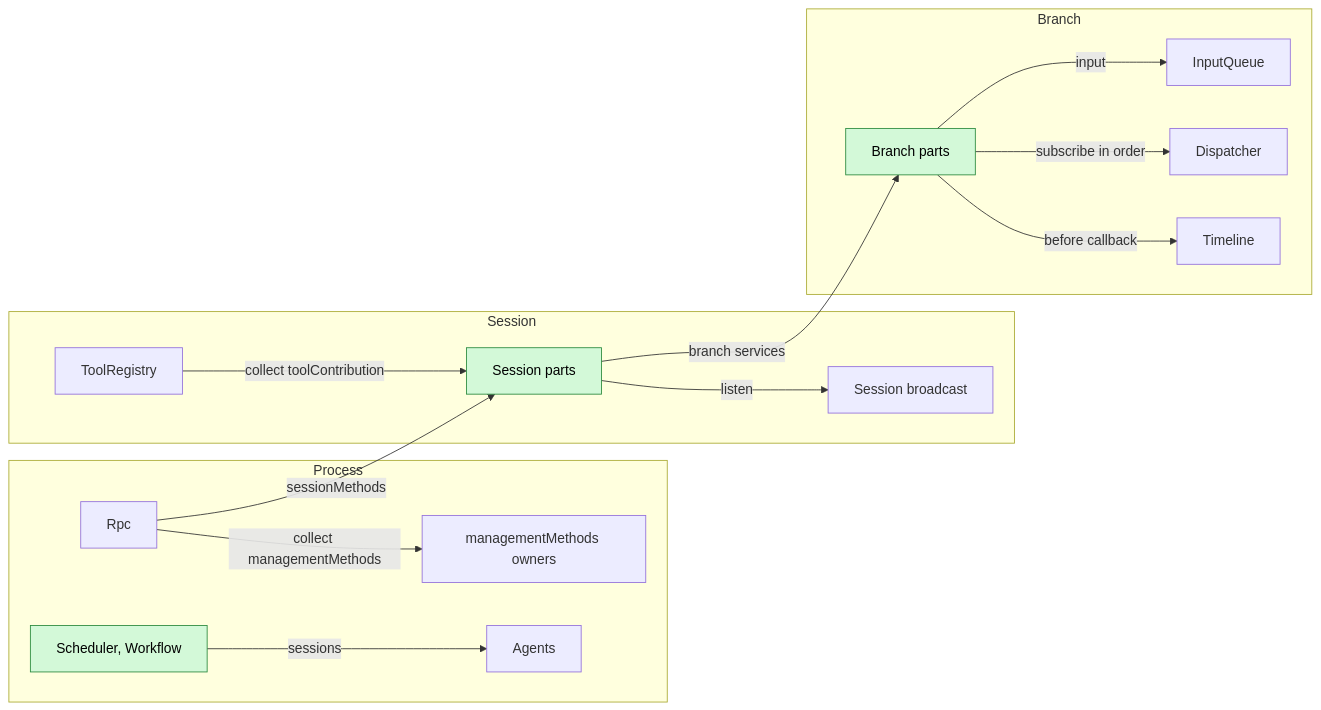
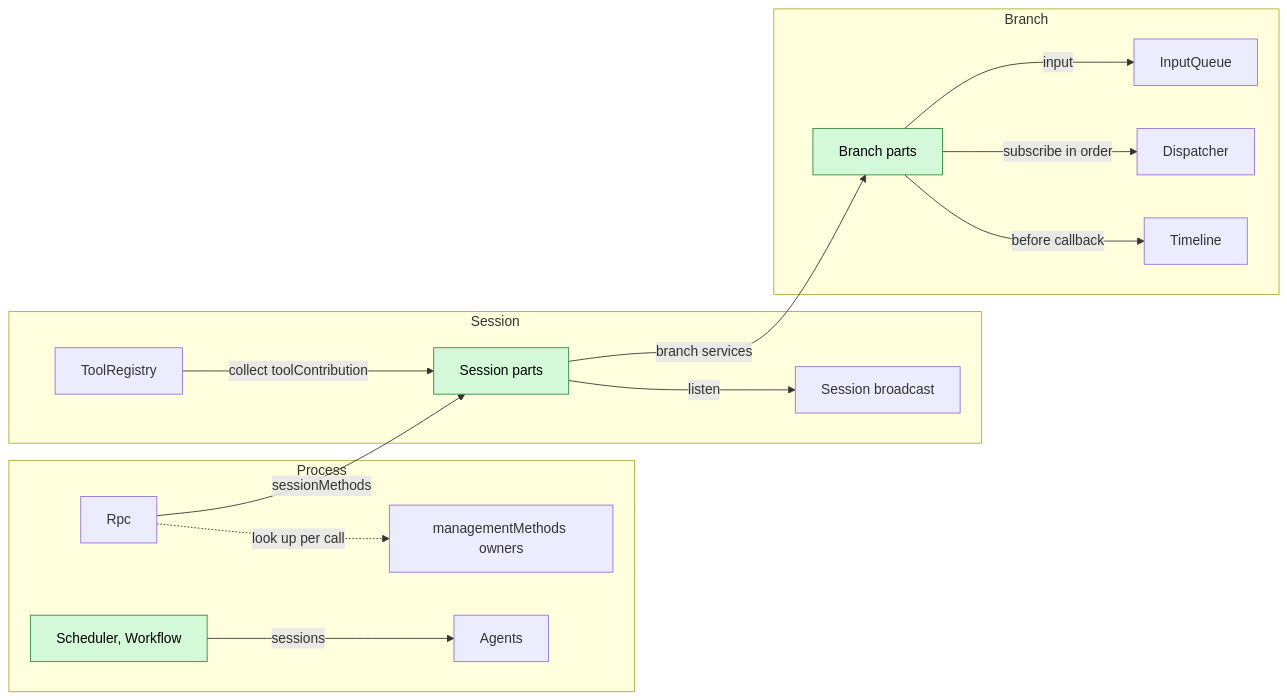
The second of 8 diagrams in docs/design/overview.md (CoutinhoTTS/dim-agent), drawn with Mermaid before and after one commit. The commit also changed other lines of this file and 15 other files, not shown here.

First line of the commit message:
docs(design): look up managementMethods per call instead of gating Rpc

````diff
--- a/docs/design/overview.md
+++ b/docs/design/overview.md
@@ -105,31 +105,31 @@
 ```mermaid
 flowchart LR
   classDef new fill:#d3f9d8,stroke:#2b8a3e,color:#000
 
   subgraph PROC["Process"]
     Rpc["Rpc"]
     Agents["Agents"]
     SchedP["Scheduler, Workflow"]:::new
     MM["managementMethods owners"]
   end
   subgraph SES["Session"]
     TR["ToolRegistry"]
     BC["Session broadcast"]
     SP["Session parts"]:::new
   end
   subgraph BR["Branch"]
     TL["Timeline"]
     DP["Dispatcher"]
     IQ["InputQueue"]
     BP["Branch parts"]:::new
   end
-  Rpc -->|"collect managementMethods"| MM
+  Rpc -.->|"look up per call"| MM
   Rpc -->|"sessionMethods"| SP
   TR -->|"collect toolContribution"| SP
   SP -->|"listen"| BC
   BP -->|"before callback"| TL
   BP -->|"subscribe in order"| DP
   BP -->|"input"| IQ
   SchedP -->|"sessions"| Agents
   SP -->|"branch services"| BP
 ```
````
